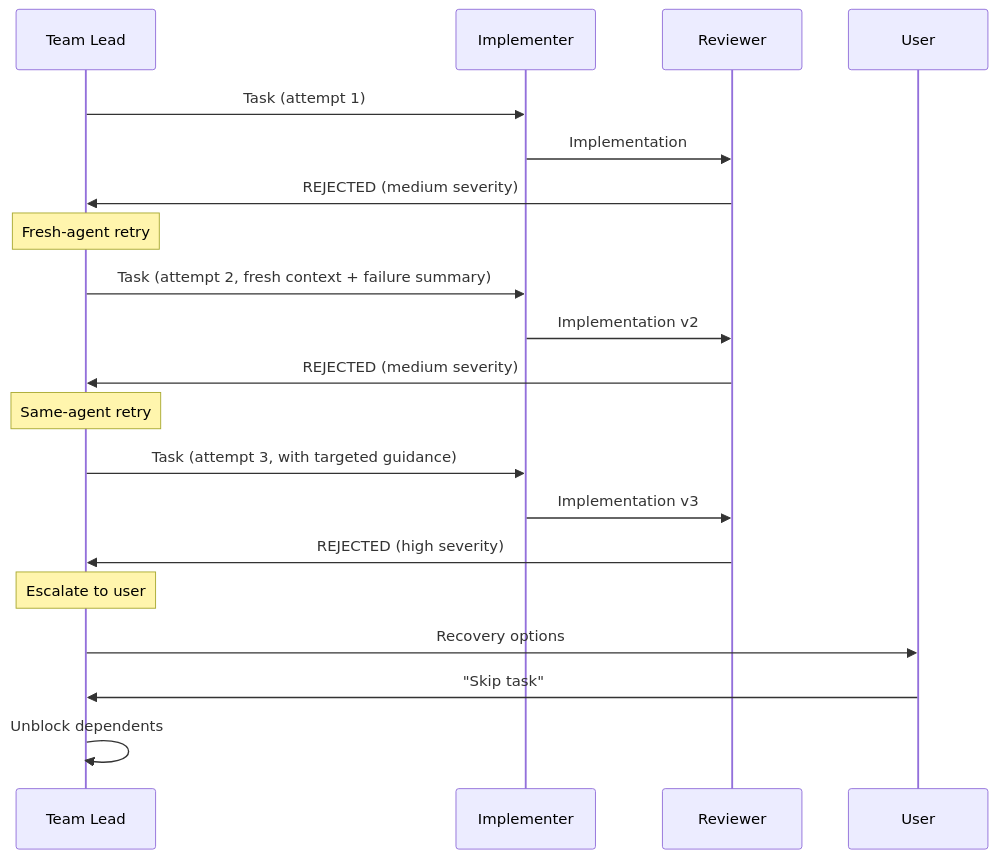
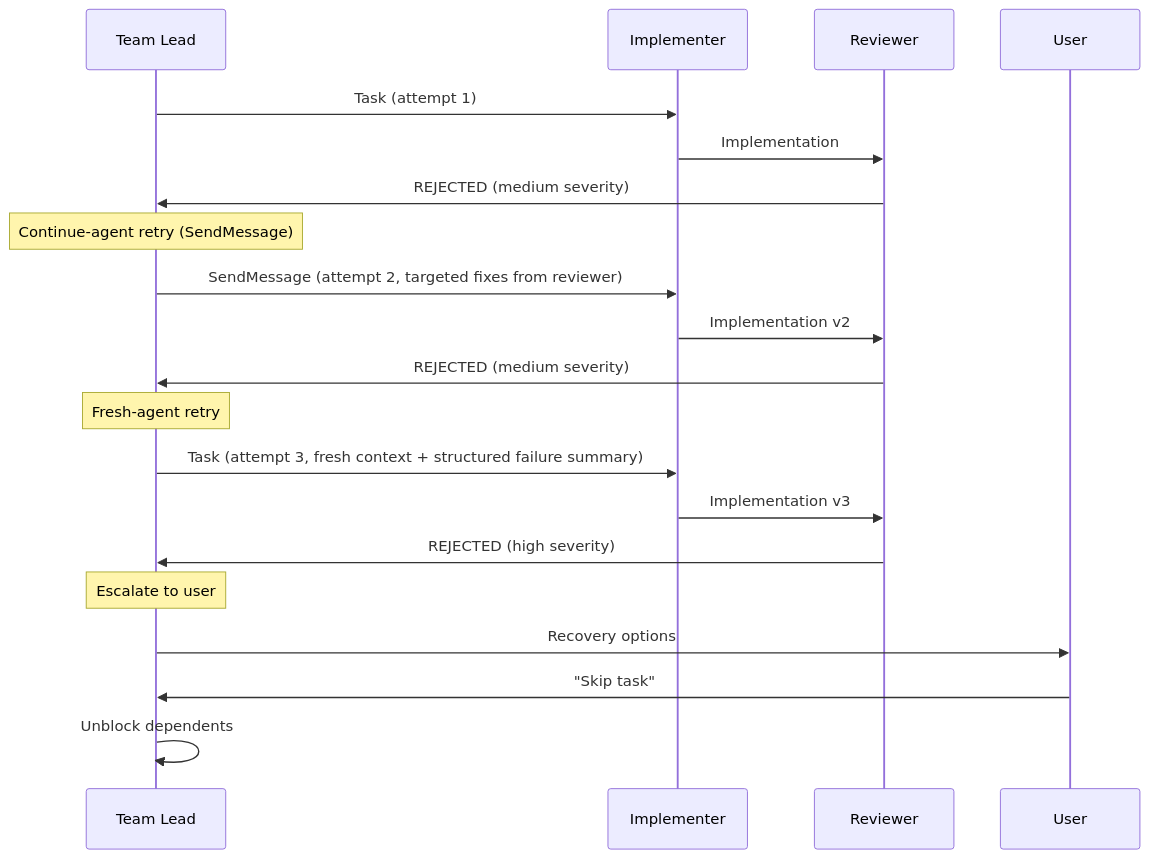
The third of 4 diagrams in diagrams/sequence-diagram.md (Zxela/claude-create), drawn with Mermaid before and after one commit. The commit also changed 5 other files, not shown here.

````diff
--- a/diagrams/sequence-diagram.md
+++ b/diagrams/sequence-diagram.md
@@ -167,26 +167,26 @@
 ```mermaid
 sequenceDiagram
     participant C as Team Lead
     participant I as Implementer
     participant R as Reviewer
     participant U as User
 
     C->>I: Task (attempt 1)
     I->>R: Implementation
     R->>C: REJECTED (medium severity)
 
-    Note over C: Fresh-agent retry
-    C->>I: Task (attempt 2, fresh context + failure summary)
+    Note over C: Continue-agent retry (SendMessage)
+    C->>I: SendMessage (attempt 2, targeted fixes from reviewer)
     I->>R: Implementation v2
     R->>C: REJECTED (medium severity)
 
-    Note over C: Same-agent retry
-    C->>I: Task (attempt 3, with targeted guidance)
+    Note over C: Fresh-agent retry
+    C->>I: Task (attempt 3, fresh context + structured failure summary)
     I->>R: Implementation v3
     R->>C: REJECTED (high severity)
 
     Note over C: Escalate to user
     C->>U: Recovery options
     U->>C: "Skip task"
     C->>C: Unblock dependents
 ```
````
